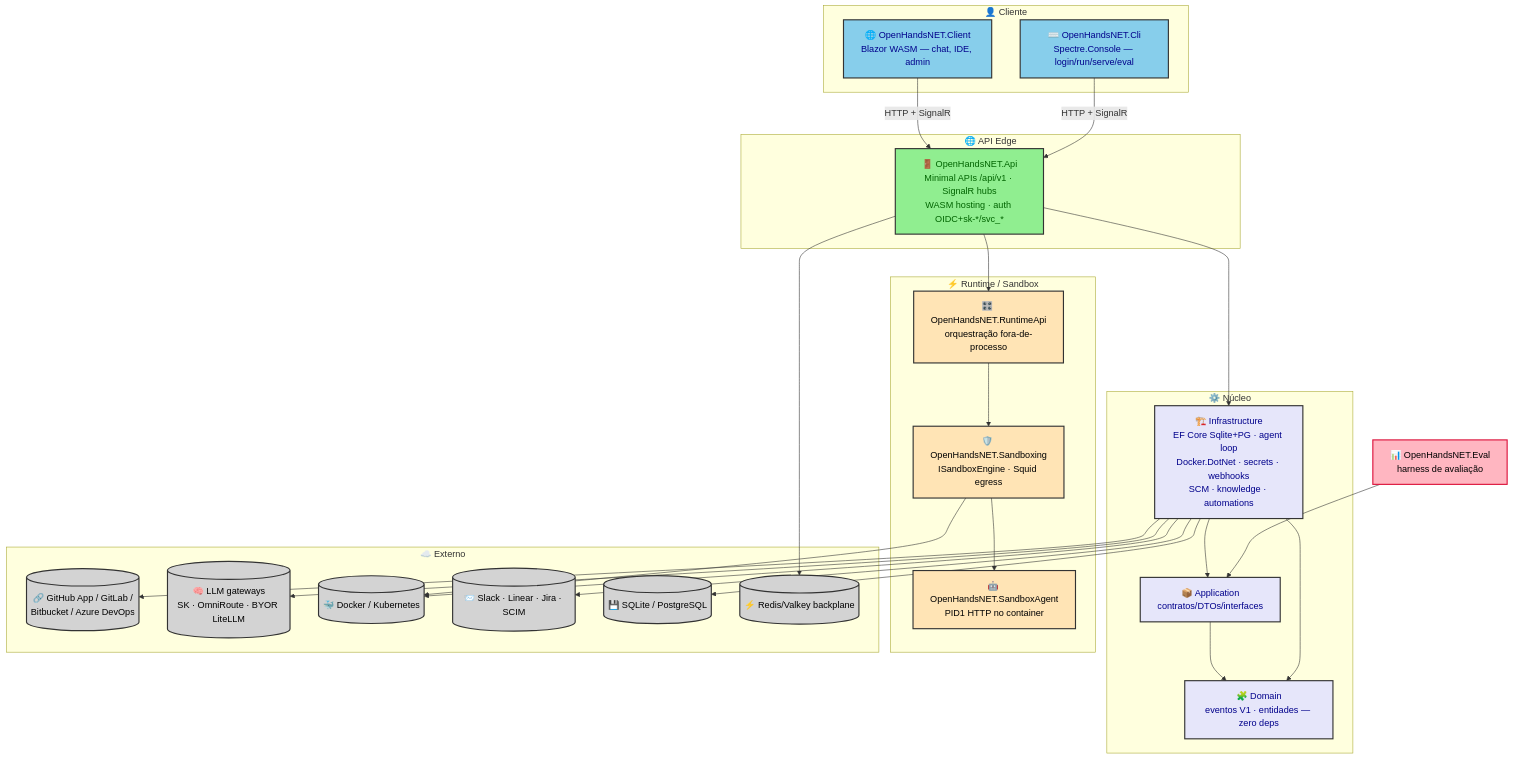
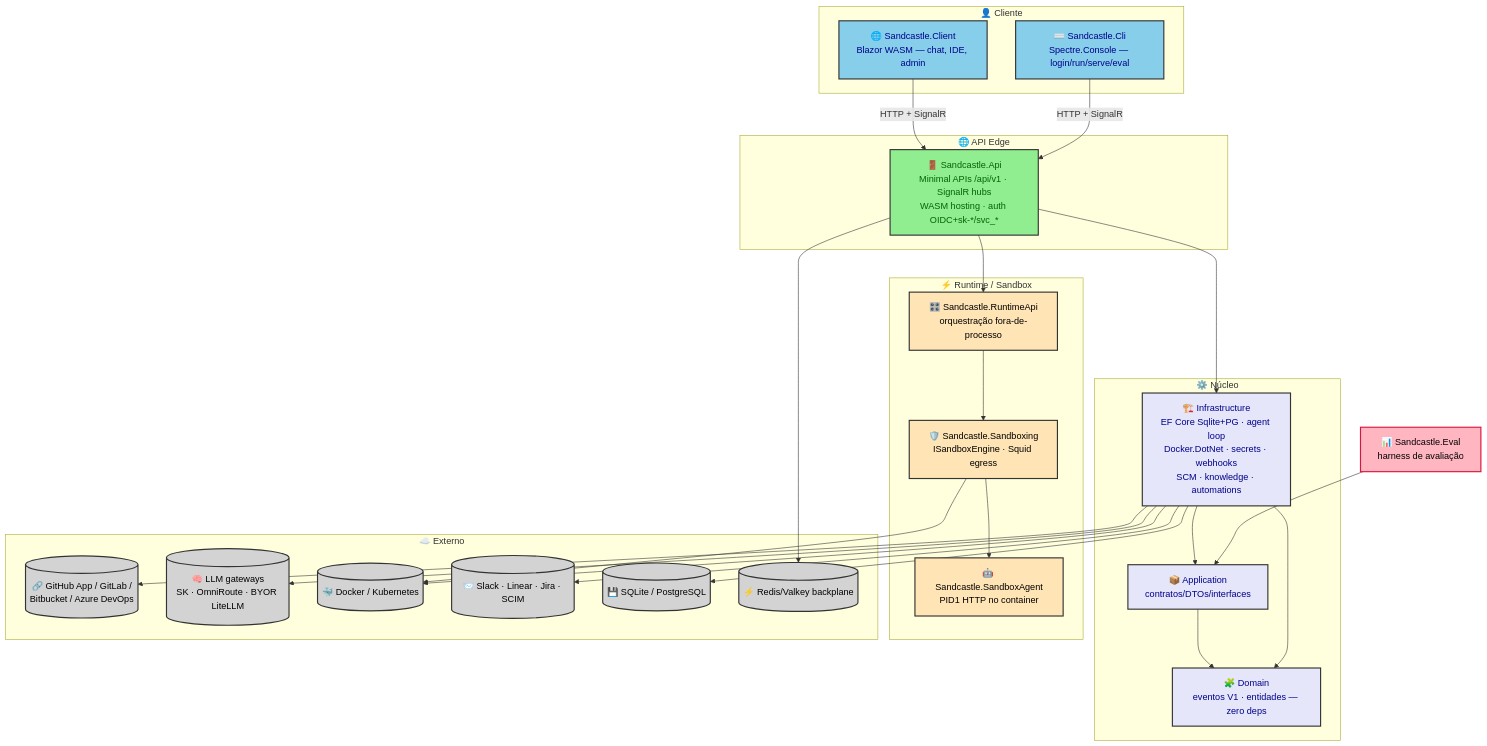
The diagram in docs/architecture/system_arch_overview.mmd (afonsoft/OpenHandsNET), drawn with Mermaid before and after one commit. The commit also changed 1964 other files, not shown here.

First line of the commit message:
refactor!: rename product OpenHandsNET -> Sandcastle (SPEC-138) (#397)

```diff
--- a/docs/architecture/system_arch_overview.mmd
+++ b/docs/architecture/system_arch_overview.mmd
@@ -1,61 +1,61 @@
 flowchart TB
     subgraph Client["👤 Cliente"]
-        WASM["🌐 OpenHandsNET.Client<br/>Blazor WASM — chat, IDE, admin"]
-        CLI["⌨️ OpenHandsNET.Cli<br/>Spectre.Console — login/run/serve/eval"]
+        WASM["🌐 Sandcastle.Client<br/>Blazor WASM — chat, IDE, admin"]
+        CLI["⌨️ Sandcastle.Cli<br/>Spectre.Console — login/run/serve/eval"]
     end
 
     subgraph Edge["🌐 API Edge"]
-        API["🚪 OpenHandsNET.Api<br/>Minimal APIs /api/v1 · SignalR hubs<br/>WASM hosting · auth OIDC+sk-*/svc_*"]
+        API["🚪 Sandcastle.Api<br/>Minimal APIs /api/v1 · SignalR hubs<br/>WASM hosting · auth OIDC+sk-*/svc_*"]
     end
 
     subgraph Core["⚙️ Núcleo"]
         APP["📦 Application<br/>contratos/DTOs/interfaces"]
         DOM["🧩 Domain<br/>eventos V1 · entidades — zero deps"]
         INF["🏗️ Infrastructure<br/>EF Core Sqlite+PG · agent loop<br/>Docker.DotNet · secrets · webhooks<br/>SCM · knowledge · automations"]
         APP --> DOM
         INF --> APP
     end
 
     subgraph Runtime["⚡ Runtime / Sandbox"]
-        RTAPI["🎛️ OpenHandsNET.RuntimeApi<br/>orquestração fora-de-processo"]
-        SBOX["🛡️ OpenHandsNET.Sandboxing<br/>ISandboxEngine · Squid egress"]
-        AGT["🤖 OpenHandsNET.SandboxAgent<br/>PID1 HTTP no container"]
+        RTAPI["🎛️ Sandcastle.RuntimeApi<br/>orquestração fora-de-processo"]
+        SBOX["🛡️ Sandcastle.Sandboxing<br/>ISandboxEngine · Squid egress"]
+        AGT["🤖 Sandcastle.SandboxAgent<br/>PID1 HTTP no container"]
         RTAPI --> SBOX --> AGT
     end
 
     subgraph Ext["☁️ Externo"]
         GH[("🔗 GitHub App / GitLab /<br/>Bitbucket / Azure DevOps")]
         LLM[("🧠 LLM gateways<br/>SK · OmniRoute · BYOR LiteLLM")]
         K8S[("🐳 Docker / Kubernetes")]
         CHAT[("📨 Slack · Linear · Jira · SCIM")]
         DB[("💾 SQLite / PostgreSQL")]
         REDIS[("⚡ Redis/Valkey backplane")]
     end
 
     WASM -->|"HTTP + SignalR"| API
     CLI -->|"HTTP + SignalR"| API
     API --> INF
     API --> RTAPI
     INF --> DOM
     INF --> DB
     API --> REDIS
     INF --> K8S
     SBOX --> K8S
     INF --> GH
     INF --> LLM
     INF --> CHAT
-    EVAL["📊 OpenHandsNET.Eval<br/>harness de avaliação"] --> APP
+    EVAL["📊 Sandcastle.Eval<br/>harness de avaliação"] --> APP
 
     classDef client fill:#87CEEB,stroke:#333,stroke-width:2px,color:darkblue
     classDef edge fill:#90EE90,stroke:#333,stroke-width:2px,color:darkgreen
     classDef core fill:#E6E6FA,stroke:#333,stroke-width:2px,color:darkblue
     classDef runtime fill:#FFE4B5,stroke:#333,stroke-width:2px,color:black
     classDef external fill:#D3D3D3,stroke:#333,stroke-width:2px,color:black
     classDef eval fill:#FFB6C1,stroke:#DC143C,stroke-width:2px,color:black
 
     class WASM,CLI client
     class API edge
     class APP,DOM,INF core
     class RTAPI,SBOX,AGT runtime
     class GH,LLM,K8S,CHAT,DB,REDIS external
     class EVAL eval
```
